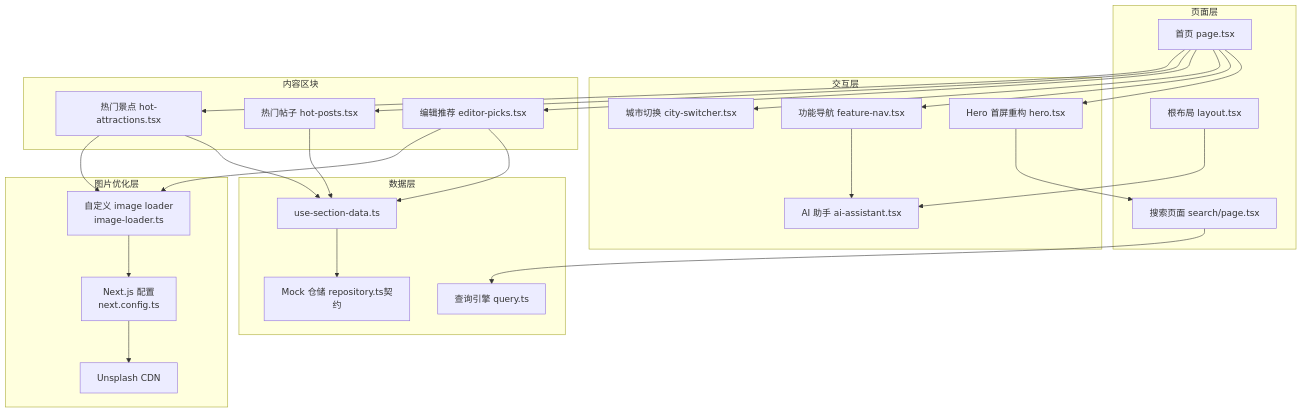
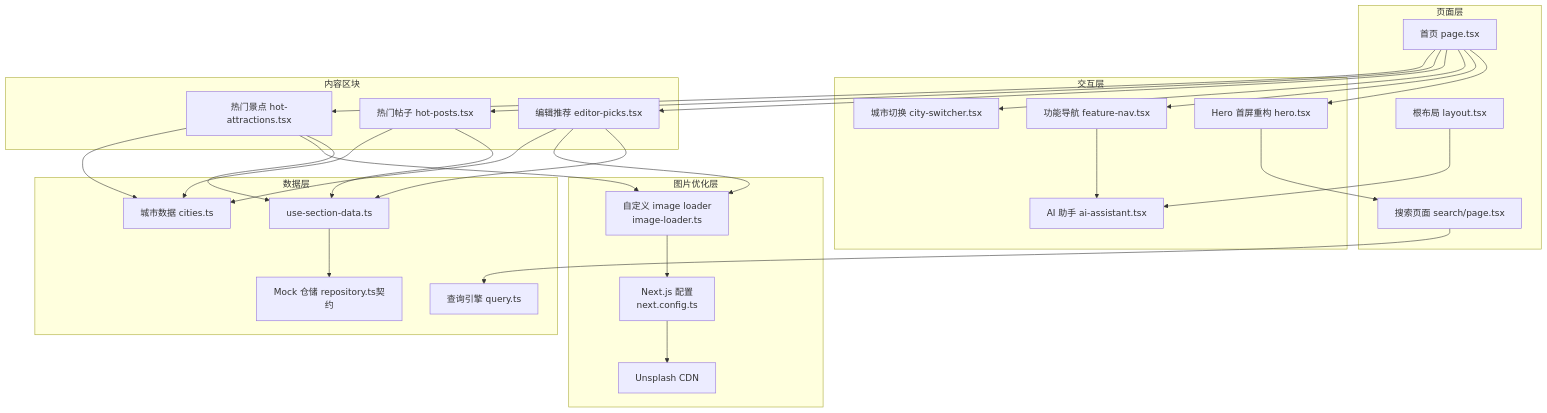
The second of 13 diagrams in .qoder/repowiki/zh/content/规格驱动开发/WanderChain 首页规格文档/WanderChain 首页规格文档.md (luyitiger6/my-first-project), drawn with Mermaid before and after one commit. The commit also changed other lines of this file and 33 other files, not shown here.

````diff
--- a/.qoder/repowiki/zh/content/规格驱动开发/WanderChain 首页规格文档/WanderChain 首页规格文档.md
+++ b/.qoder/repowiki/zh/content/规格驱动开发/WanderChain 首页规格文档/WanderChain 首页规格文档.md
@@ -145,47 +125,51 @@
 ```mermaid
 graph TB
 subgraph "页面层"
 Page["首页 page.tsx"]
 Layout["根布局 layout.tsx"]
 SearchPage["搜索页面 search/page.tsx"]
 end
 subgraph "交互层"
 Hero["Hero 首屏重构 hero.tsx"]
 Nav["功能导航 feature-nav.tsx"]
 City["城市切换 city-switcher.tsx"]
 AI["AI 助手 ai-assistant.tsx"]
 end
 subgraph "内容区块"
 Picks["编辑推荐 editor-picks.tsx"]
 Posts["热门帖子 hot-posts.tsx"]
 Attractions["热门景点 hot-attractions.tsx"]
 end
 subgraph "数据层"
 Hook["use-section-data.ts"]
 Repo["Mock 仓储 repository.ts契约"]
 Query["查询引擎 query.ts"]
+Cities["城市数据 cities.ts"]
 end
 subgraph "图片优化层"
 Loader["自定义 image loader<br/>image-loader.ts"]
 Config["Next.js 配置<br/>next.config.ts"]
 CDN["Unsplash CDN"]
 end
 Page --> Hero
 Page --> Nav
 Page --> City
 Page --> Picks
 Page --> Posts
 Page --> Attractions
 Layout --> AI
 Nav --> AI
 Hero --> SearchPage
 SearchPage --> Query
 Picks --> Hook
 Posts --> Hook
 Attractions --> Hook
 Hook --> Repo
 Picks --> Loader
 Attractions --> Loader
 Loader --> Config
 Config --> CDN
+Picks --> Cities
+Posts --> Cities
+Attractions --> Cities
 ```
````
